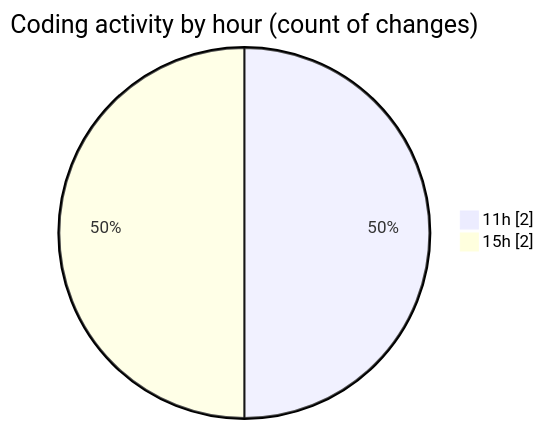
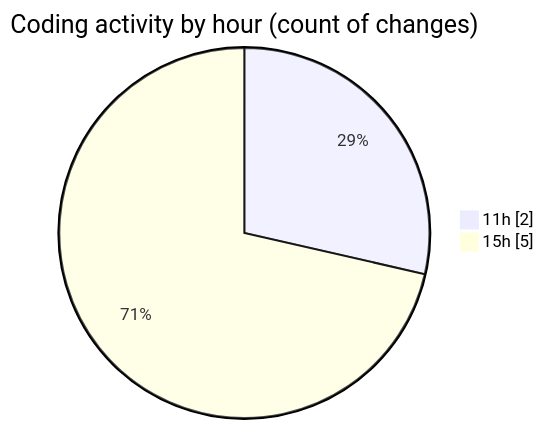
Before and after one commit to debugP/code-tracking: the second of 2 diagrams in 2026-10-13/untitled__workspace_/README.md, drawn with Mermaid. The commit also changed other lines of this file and 1 other file, not shown here.

````diff
--- a/2026-10-13/untitled__workspace_/README.md
+++ b/2026-10-13/untitled__workspace_/README.md
@@ -30,6 +30,6 @@
 ```mermaid
 pie showData
 title Coding activity by hour (count of changes)
 "11h" : 2
-"15h" : 2
+"15h" : 5
 ```
````
